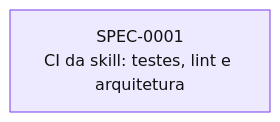
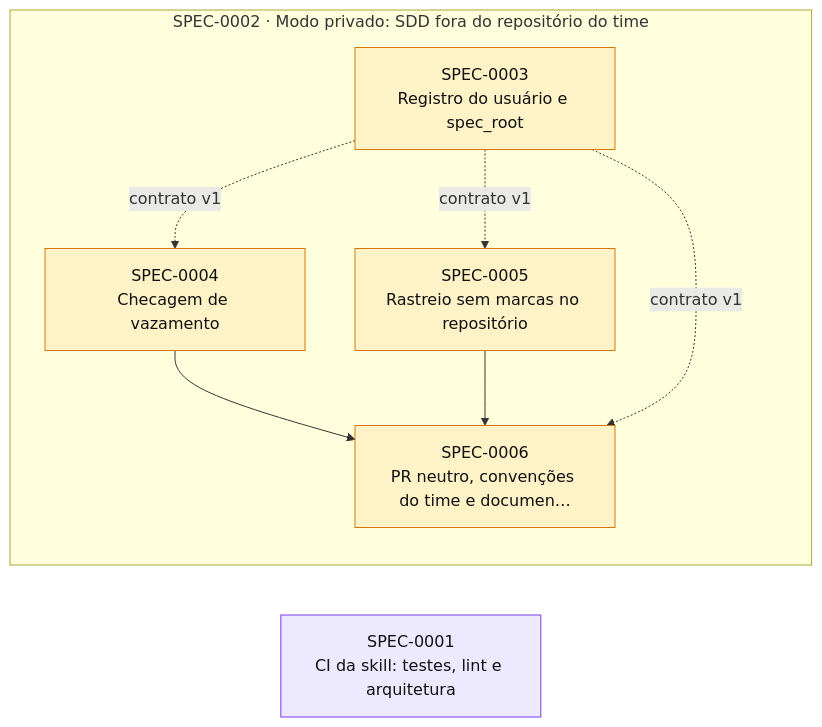
The diagram in docs/specs/INDEX.md (thomasravache/ai-dev-brain), drawn with Mermaid before and after one commit. The commit also changed other lines of this file and 4 other files, not shown here.

First line of the commit message:
docs(specs): registra G0 do épico do modo privado

````diff
--- a/docs/specs/INDEX.md
+++ b/docs/specs/INDEX.md
@@ -38,9 +54,20 @@
 ```mermaid
 flowchart LR
   S0001["SPEC-0001<br/>CI da skill: testes, lint e arquitetura"]:::inprogress
+  subgraph E0002["SPEC-0002 · Modo privado: SDD fora do repositório do time"]
+    S0003["SPEC-0003<br/>Registro do usuário e spec_root"]:::proposed
+    S0004["SPEC-0004<br/>Checagem de vazamento"]:::proposed
+    S0005["SPEC-0005<br/>Rastreio sem marcas no repositório"]:::proposed
+    S0006["SPEC-0006<br/>PR neutro, convenções do time e documen…"]:::proposed
+  end
+  S0003 -. contrato v1 .-> S0004
+  S0003 -. contrato v1 .-> S0005
+  S0004 --> S0006
+  S0005 --> S0006
+  S0003 -. contrato v1 .-> S0006
   classDef proposed fill:#fef3c7,stroke:#d97706,color:#111
   classDef approved fill:#dbeafe,stroke:#2563eb,color:#111
   classDef inprogress fill:#ede9fe,stroke:#7c3aed,color:#111
   classDef implemented fill:#dcfce7,stroke:#16a34a,color:#111
   classDef deprecated fill:#f3f4f6,stroke:#9ca3af,color:#6b7280
 ```
````
